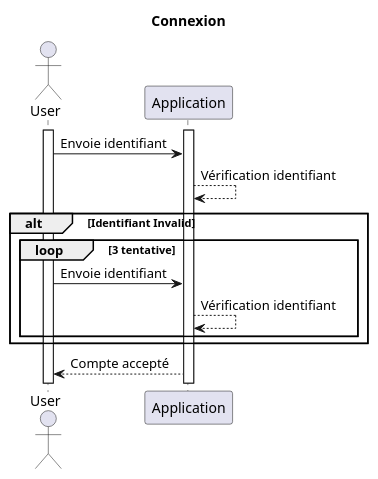
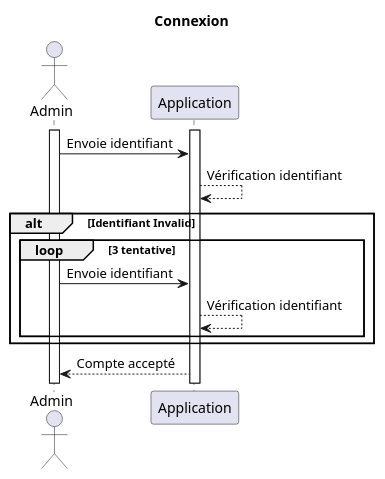
Before and after one commit to pandadorable/Trombinoscope: the diagram in Diagrammes/use_cases/use_case_connexion.wsd, drawn with PlantUML. The commit also changed 5 other files, not shown here.

Commit message:
fix : cohérence des diagrammes uml et respect du normalisme

```diff
--- a/Diagrammes/use_cases/use_case_connexion.wsd
+++ b/Diagrammes/use_cases/use_case_connexion.wsd
@@ -1,19 +1,19 @@
 @startuml Connexion
 
 title Connexion
-actor "User" as Us
+actor "Admin" as Us
 participant Application
 
 activate Us
 activate Application
 
 Us -> Application : Envoie identifiant
 Application --> Application : Vérification identifiant
 alt Identifiant Invalid
 loop 3 tentative
 Us -> Application : Envoie identifiant
 Application --> Application : Vérification identifiant
 end
 end
 Us <-- Application : Compte accepté
 @enduml
```
